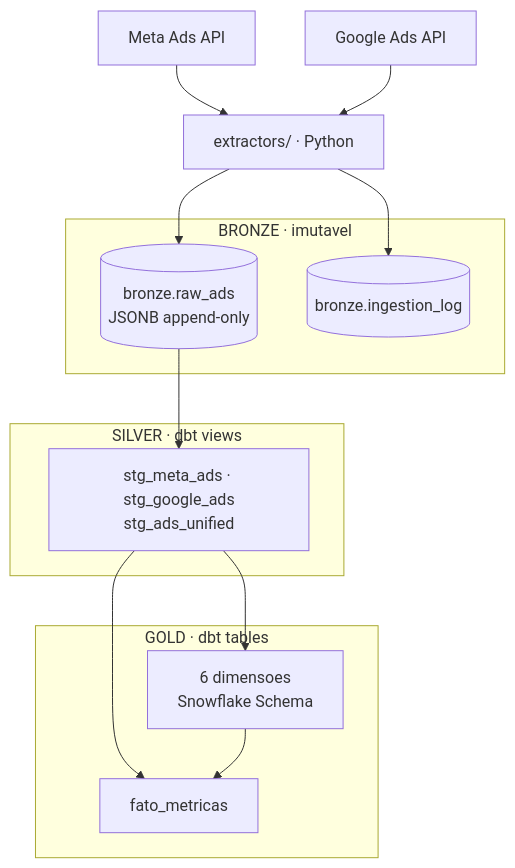
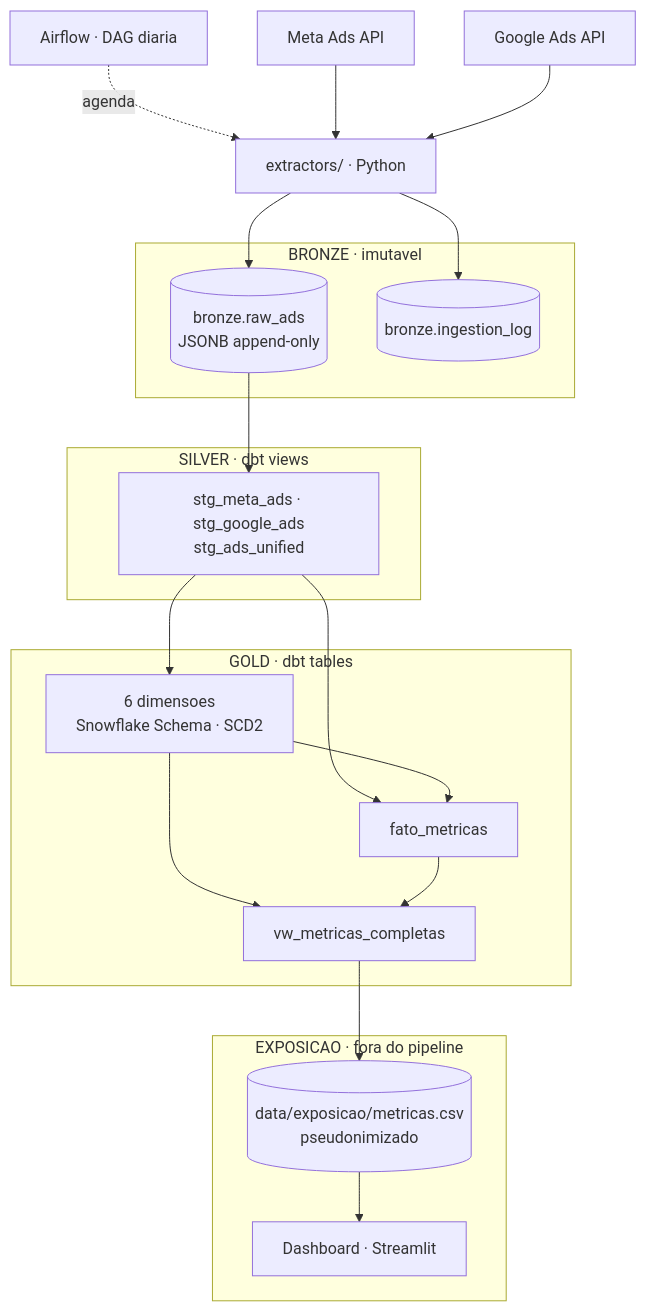
One commit to pedropaulo-d/pipeline_marketing changed the diagram in README.md. Above: the diagram before and after it, drawn with Mermaid. The commit also changed other lines of this file and 1 other file, not shown here.

````diff
--- a/README.md
+++ b/README.md
@@ -21,29 +24,41 @@
 ```mermaid
 flowchart TD
+    AIR["Airflow · DAG diaria"]
     META["Meta Ads API"]
     GADS["Google Ads API"]
     EXT["extractors/ · Python"]
 
     subgraph BRONZE["BRONZE · imutavel"]
         RAW[("bronze.raw_ads<br/>JSONB append-only")]
         LOG[("bronze.ingestion_log")]
     end
 
     subgraph SILVER["SILVER · dbt views"]
         SU["stg_meta_ads · stg_google_ads<br/>stg_ads_unified"]
     end
 
     subgraph GOLD["GOLD · dbt tables"]
-        DIM["6 dimensoes<br/>Snowflake Schema"]
+        DIM["6 dimensoes<br/>Snowflake Schema · SCD2"]
         FATO["fato_metricas"]
+        VW["vw_metricas_completas"]
     end
 
+    subgraph EXPO["EXPOSICAO · fora do pipeline"]
+        CSV[("data/exposicao/metricas.csv<br/>pseudonimizado")]
+        DASH["Dashboard · Streamlit"]
+    end
+
+    AIR -. agenda .-> EXT
     META --> EXT
     GADS --> EXT
     EXT --> RAW
     EXT --> LOG
     RAW --> SU
     SU --> DIM
     SU --> FATO
     DIM --> FATO
+    DIM --> VW
+    FATO --> VW
+    VW --> CSV
+    CSV --> DASH
 ```
````
